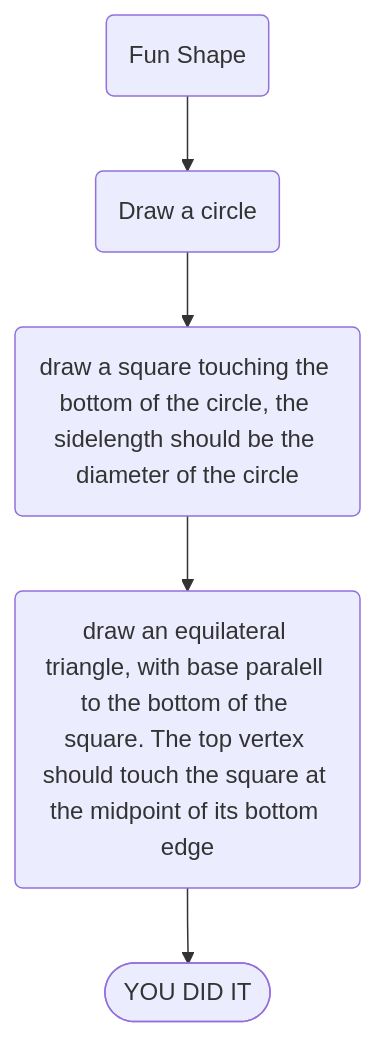
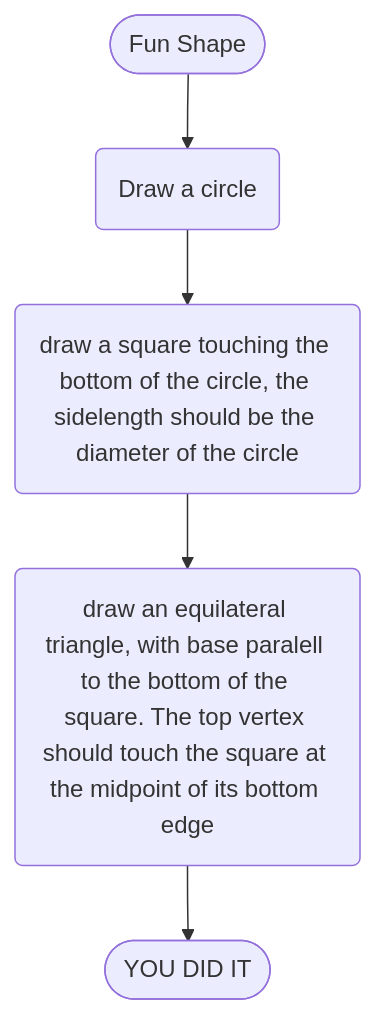
Before and after one commit to mks21-dw/thesource: the second of 3 diagrams in flowcharts/work09.md, drawn with Mermaid. The commit also changed other lines of this file and 1 other file, not shown here.

Commit message:
+flowcharts

````diff
--- a/flowcharts/work09.md
+++ b/flowcharts/work09.md
@@ -24,7 +24,7 @@
 ```mermaid
 flowchart TD;
-    id0(Fun Shape) --> id1(Draw a circle);
+    id0([Fun Shape]) --> id1(Draw a circle);
     id1 --> id2(draw a square touching the bottom of the circle, the sidelength should be the diameter of the circle);
     id2 --> id3(draw an equilateral triangle, with base paralell to the bottom of the square. The top vertex should touch the square at the midpoint of its bottom edge);
     id3 --> id4([YOU DID IT]);
 ```
````
